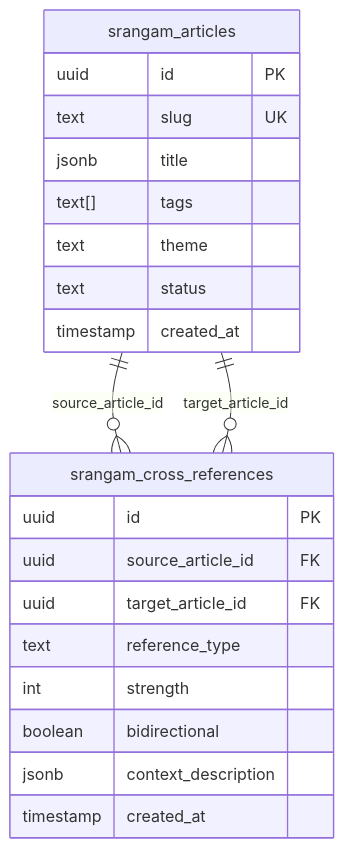
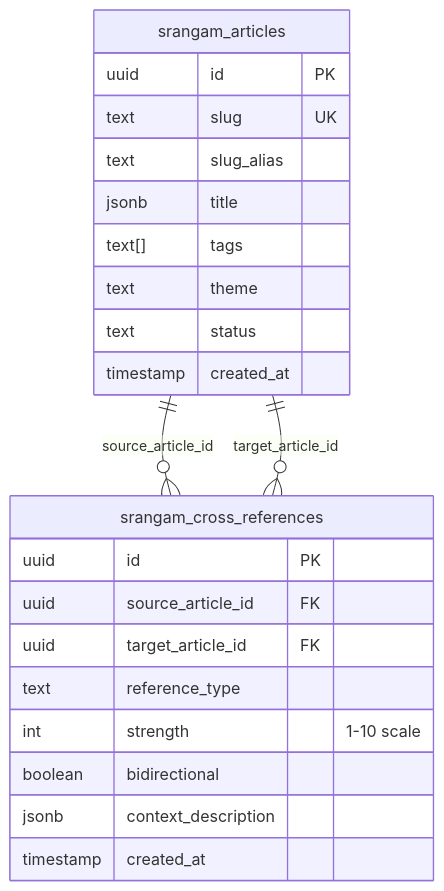
The second of 10 diagrams in docs/architecture/CROSS_REFERENCE_SYSTEM.md (dhruvrakesh/srangam-42267), drawn with Mermaid before and after one commit. The commit also changed other lines of this file and 3 other files, not shown here.

````diff
--- a/docs/architecture/CROSS_REFERENCE_SYSTEM.md
+++ b/docs/architecture/CROSS_REFERENCE_SYSTEM.md
@@ -7,26 +41,27 @@
 ```mermaid
 erDiagram
     srangam_articles ||--o{ srangam_cross_references : "source_article_id"
     srangam_articles ||--o{ srangam_cross_references : "target_article_id"
     
     srangam_articles {
         uuid id PK
         text slug UK
+        text slug_alias
         jsonb title
         text[] tags
         text theme
         text status
         timestamp created_at
     }
     
     srangam_cross_references {
         uuid id PK
         uuid source_article_id FK
         uuid target_article_id FK
         text reference_type
-        int strength
+        int strength "1-10 scale"
         boolean bidirectional
         jsonb context_description
         timestamp created_at
     }
 ```
````
